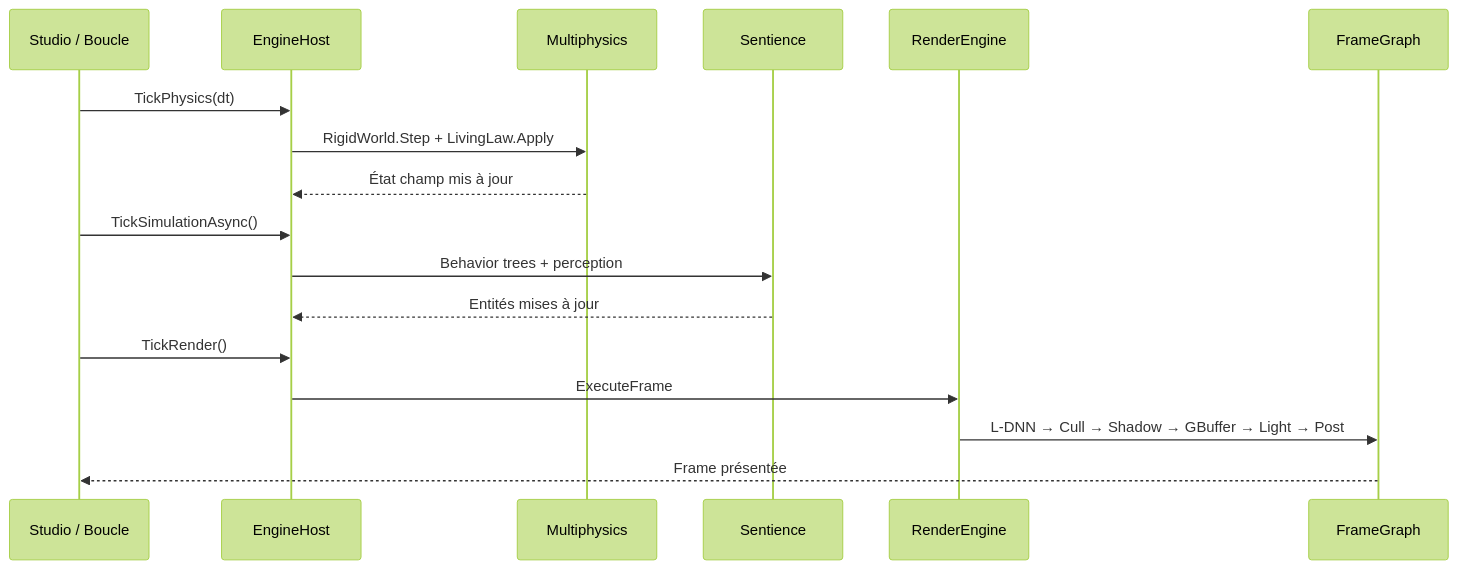
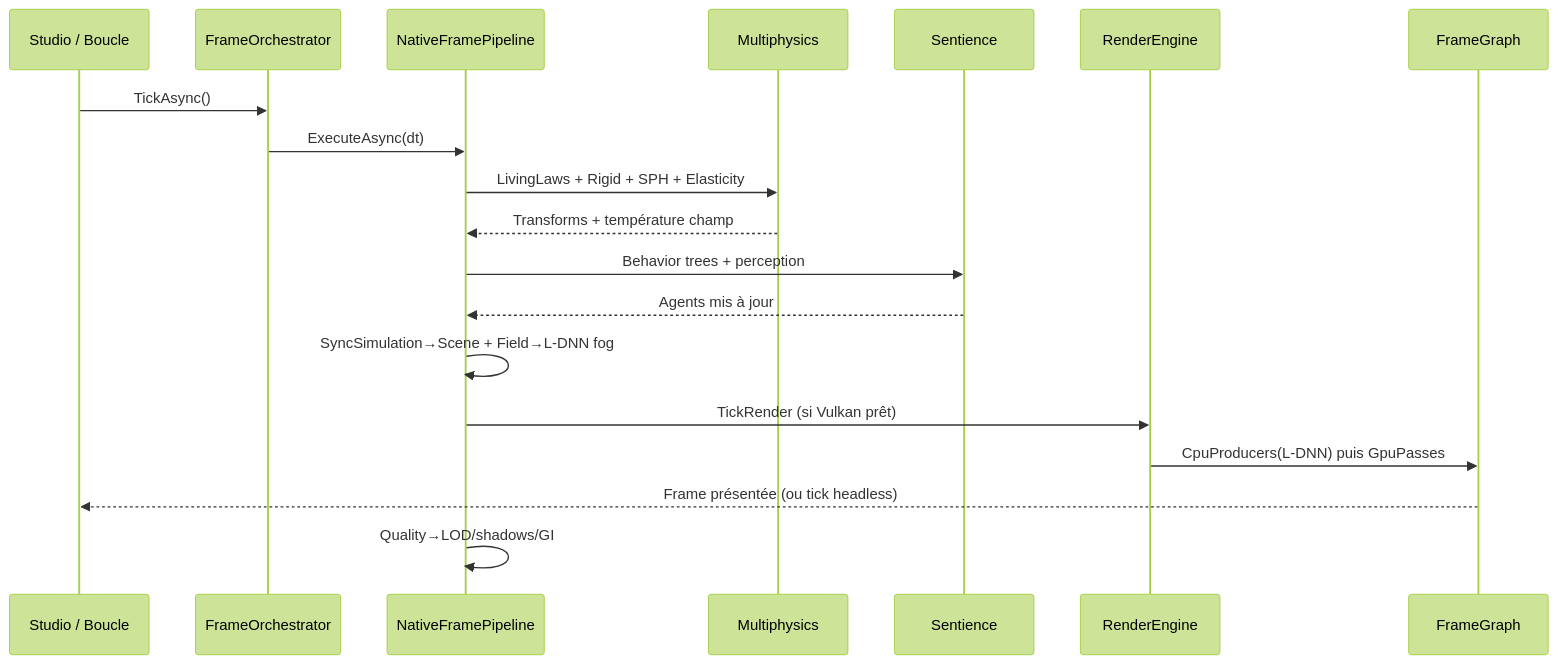
Before and after one commit to QuantumHacker10/Synapse: the third of 7 diagrams in docs/ARCHITECTURE.md, drawn with Mermaid (forest theme). The commit also changed other lines of this file and 21 other files, not shown here.

First line of the commit message:
feat(runtime): native multi-module frame/render pipeline

````diff
--- a/docs/ARCHITECTURE.md
+++ b/docs/ARCHITECTURE.md
@@ -161,22 +172,22 @@
 ```mermaid
 sequenceDiagram
     participant S as Studio / Boucle
-    participant E as EngineHost
+    participant FO as FrameOrchestrator
+    participant N as NativeFramePipeline
     participant P as Multiphysics
     participant Sim as Sentience
     participant R as RenderEngine
     participant FG as FrameGraph
 
-    S->>E: TickPhysics(dt)
-    E->>P: RigidWorld.Step + LivingLaw.Apply
-    P-->>E: État champ mis à jour
-
-    S->>E: TickSimulationAsync()
-    E->>Sim: Behavior trees + perception
-    Sim-->>E: Entités mises à jour
-
-    S->>E: TickRender()
-    E->>R: ExecuteFrame
-    R->>FG: L-DNN → Cull → Shadow → GBuffer → Light → Post
-    FG-->>S: Frame présentée
+    S->>FO: TickAsync()
+    FO->>N: ExecuteAsync(dt)
+    N->>P: LivingLaws + Rigid + SPH + Elasticity
+    P-->>N: Transforms + température champ
+    N->>Sim: Behavior trees + perception
+    Sim-->>N: Agents mis à jour
+    N->>N: SyncSimulation→Scene + Field→L-DNN fog
+    N->>R: TickRender (si Vulkan prêt)
+    R->>FG: CpuProducers(L-DNN) puis GpuPasses
+    FG-->>S: Frame présentée (ou tick headless)
+    N->>N: Quality→LOD/shadows/GI
 ```
````
